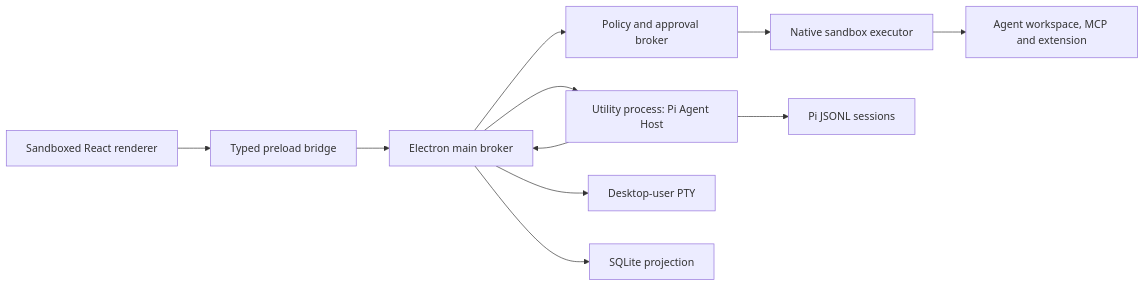
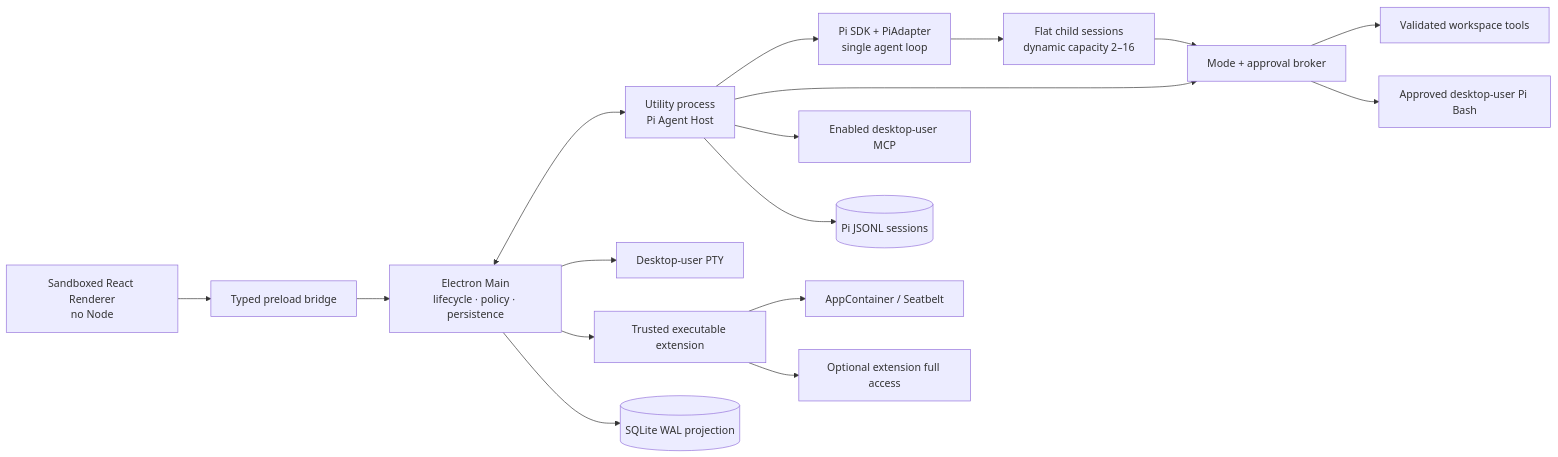
One commit to EurekaRaider/Artemis changed the diagram in docs/architecture.md. Above: the diagram before and after it, drawn with Mermaid. The commit also changed other lines of this file and 7 other files, not shown here.

Commit message:
Refresh README screenshots and architecture

````diff
--- a/docs/architecture.md
+++ b/docs/architecture.md
@@ -5,13 +5,19 @@
 ```mermaid
 flowchart LR
-  R[Sandboxed React renderer] --> P[Typed preload bridge]
-  P --> M[Electron main broker]
-  M --> A[Utility process: Pi Agent Host]
-  A --> M
-  M --> S[Policy and approval broker]
-  S --> E[Native sandbox executor]
-  E --> W[Agent workspace, MCP and extension]
-  M --> T[Desktop-user PTY]
-  M --> D[SQLite projection]
-  A --> J[Pi JSONL sessions]
+  R["Sandboxed React Renderer<br/>no Node"] --> P["Typed preload bridge"]
+  P --> M["Electron Main<br/>lifecycle · policy · persistence"]
+  M <--> A["Utility process<br/>Pi Agent Host"]
+  A --> PI["Pi SDK + PiAdapter<br/>single agent loop"]
+  PI --> C["Flat child sessions<br/>dynamic capacity 2–16"]
+  A --> B["Mode + approval broker"]
+  C --> B
+  B --> W["Validated workspace tools"]
+  B --> H["Approved desktop-user Pi Bash"]
+  A --> X["Enabled desktop-user MCP"]
+  M --> T["Desktop-user PTY"]
+  M --> E["Trusted executable extension"]
+  E --> S["AppContainer / Seatbelt"]
+  E --> F["Optional extension full access"]
+  M --> D[("SQLite WAL projection")]
+  A --> J[("Pi JSONL sessions")]
 ```
````
